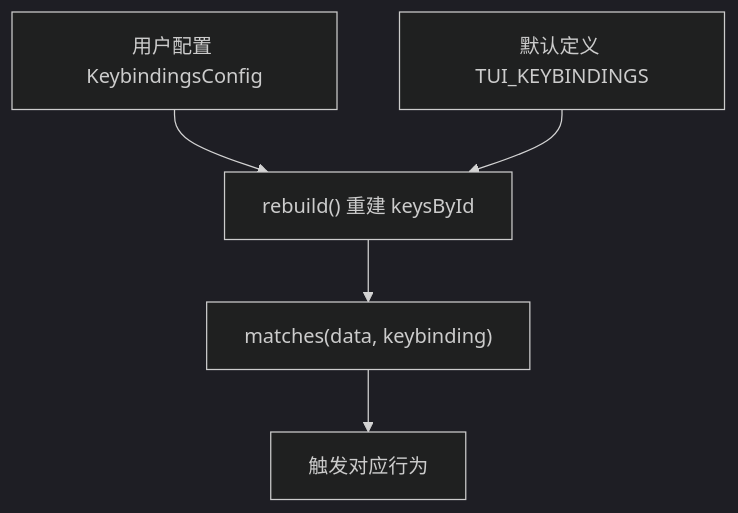
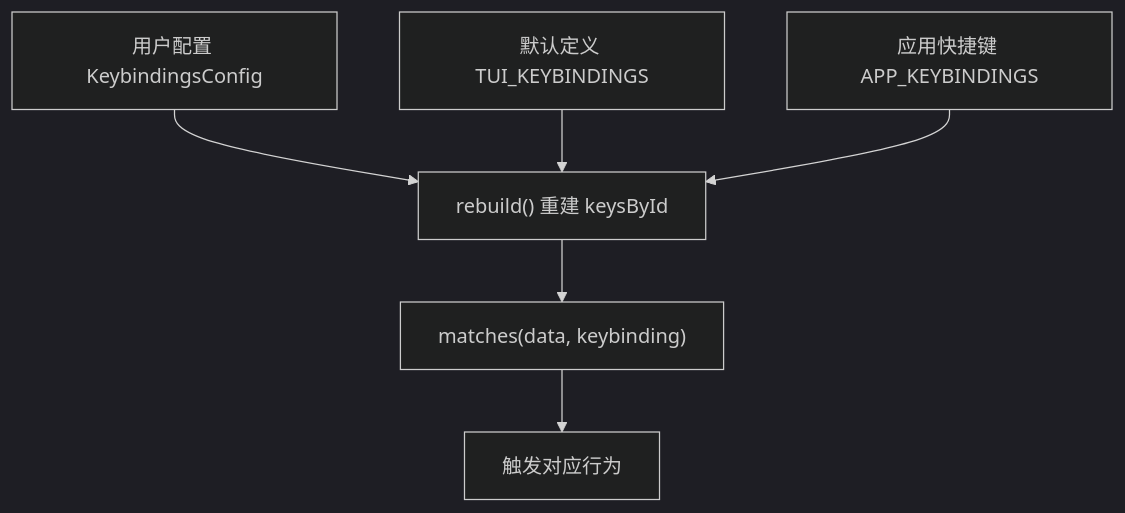
Before and after one commit to FDE-GROUP/oh-my-coding-agent: the ninth of 11 diagrams in .qoder/repowiki/zh/content/终端界面系统/终端界面系统.md, drawn with Mermaid (dark theme). The commit also changed other lines of this file and 359 other files, not shown here.

````diff
--- a/.qoder/repowiki/zh/content/终端界面系统/终端界面系统.md
+++ b/.qoder/repowiki/zh/content/终端界面系统/终端界面系统.md
@@ -295,7 +308,8 @@
 ```mermaid
 flowchart TD
 Config["用户配置 KeybindingsConfig"] --> Rebuild["rebuild() 重建 keysById"]
 Defaults["默认定义 TUI_KEYBINDINGS"] --> Rebuild
+AppDefaults["应用快捷键 APP_KEYBINDINGS"] --> Rebuild
 Rebuild --> Match["matches(data, keybinding)"]
 Match --> Action["触发对应行为"]
 ```
````
